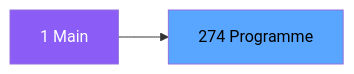
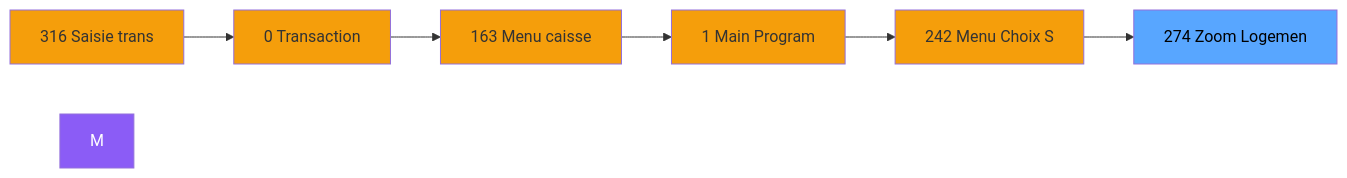
The second of 3 diagrams in .openspec/specs/ADH-IDE-274.md (thonyAGP/magic-migration), drawn with Mermaid before and after one commit. The commit also changed other lines of this file and 323 other files, not shown here.

````diff
--- a/.openspec/specs/ADH-IDE-274.md
+++ b/.openspec/specs/ADH-IDE-274.md
@@ -100,8 +127,21 @@
 ```mermaid
 graph LR
-    M[1 Main]
-    T[274 Programme]
-    M --> T
+    N316[316 Saisie trans]
+    N0[0 Transaction ]
+    N163[163 Menu caisse ]
+    N1[1 Main Program]
+    N242[242 Menu Choix S]
+    T[274 Zoom Logemen]
+    N316 --> N0
+    N0 --> N163
+    N163 --> N1
+    N1 --> N242
+    N242 --> T
     style M fill:#8b5cf6,color:#fff
+    style N316 fill:#f59e0b
+    style N0 fill:#f59e0b
+    style N163 fill:#f59e0b
+    style N1 fill:#f59e0b
+    style N242 fill:#f59e0b
     style T fill:#58a6ff,color:#000
 ```
````
